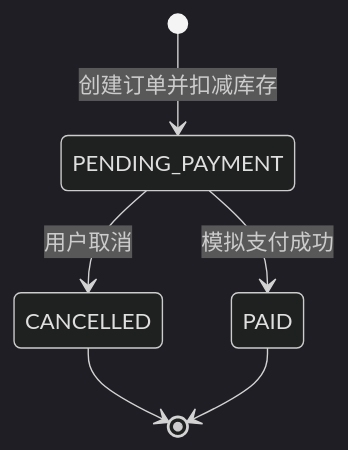
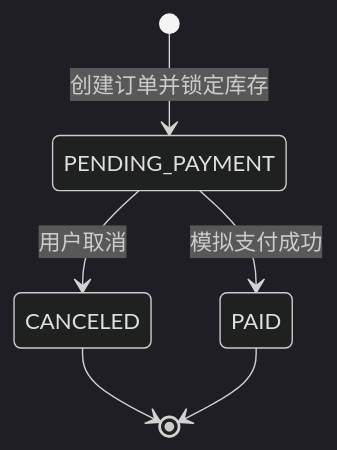
Before and after one commit to XMU-Linjer/persona-flow-commerce: diagram 12 of 15 in docs/v1.0-architecture.md, drawn with Mermaid (dark theme). The commit also changed other lines of this file and 2 other files, not shown here.

````diff
--- a/docs/v1.0-architecture.md
+++ b/docs/v1.0-architecture.md
@@ -881,8 +878,8 @@
 ```mermaid
 stateDiagram-v2
-    [*] --> PENDING_PAYMENT: 创建订单并扣减库存
+    [*] --> PENDING_PAYMENT: 创建订单并锁定库存
     PENDING_PAYMENT --> PAID: 模拟支付成功
-    PENDING_PAYMENT --> CANCELLED: 用户取消
-    CANCELLED --> [*]
+    PENDING_PAYMENT --> CANCELED: 用户取消
+    CANCELED --> [*]
     PAID --> [*]
 ```
````
